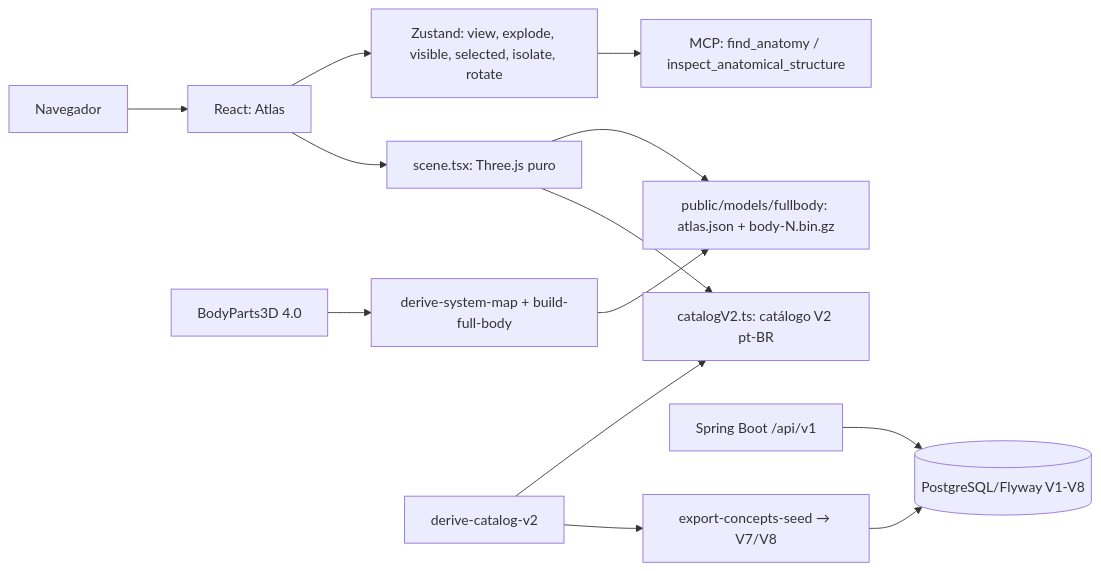
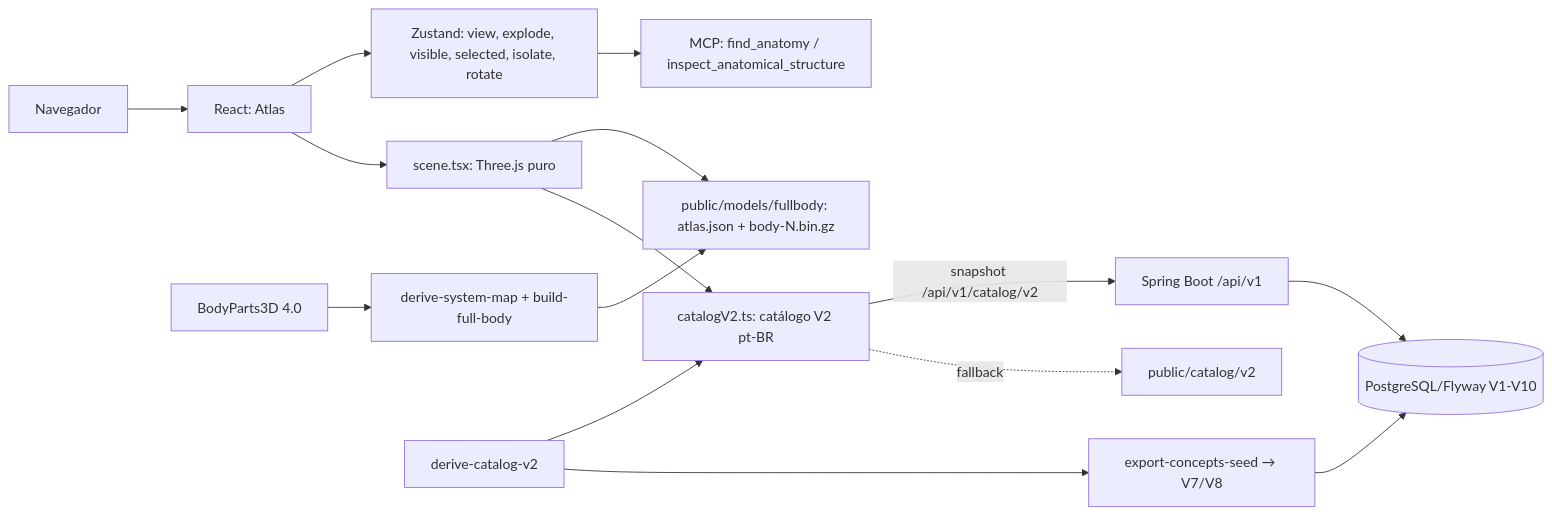
Before and after one commit to dev-christianmendes/anatomia_humana_3d: the first of 2 diagrams in README.md, drawn with Mermaid. The commit also changed other lines of this file and 27 other files, not shown here.

First line of the commit message:
feat(catalog): snapshot do catálogo V2 na API, com fallback estático no viewer

````diff
--- a/README.md
+++ b/README.md
@@ -270,15 +275,17 @@
 ```mermaid
 flowchart LR
     Browser[Navegador] --> UI[React: Atlas]
     UI --> Store[Zustand: view, explode, visible, selected, isolate, rotate]
     UI --> Scene[scene.tsx: Three.js puro]
     Scene --> Atlas[public/models/fullbody: atlas.json + body-N.bin.gz]
     Scene --> CatalogV2[catalogV2.ts: catálogo V2 pt-BR]
     Store --> MCP[MCP: find_anatomy / inspect_anatomical_structure]
-    API[Spring Boot /api/v1] --> DB[(PostgreSQL/Flyway V1-V8)]
+    CatalogV2 -->|snapshot /api/v1/catalog/v2| API[Spring Boot /api/v1]
+    CatalogV2 -.->|fallback| StaticFallback[public/catalog/v2]
+    API --> DB[(PostgreSQL/Flyway V1-V10)]
     Source[BodyParts3D 4.0] --> Derive[derive-system-map + build-full-body]
     Derive --> Atlas
     CatalogDerive[derive-catalog-v2] --> CatalogV2
     CatalogDerive --> Seed[export-concepts-seed → V7/V8]
     Seed --> DB
 ```
````
